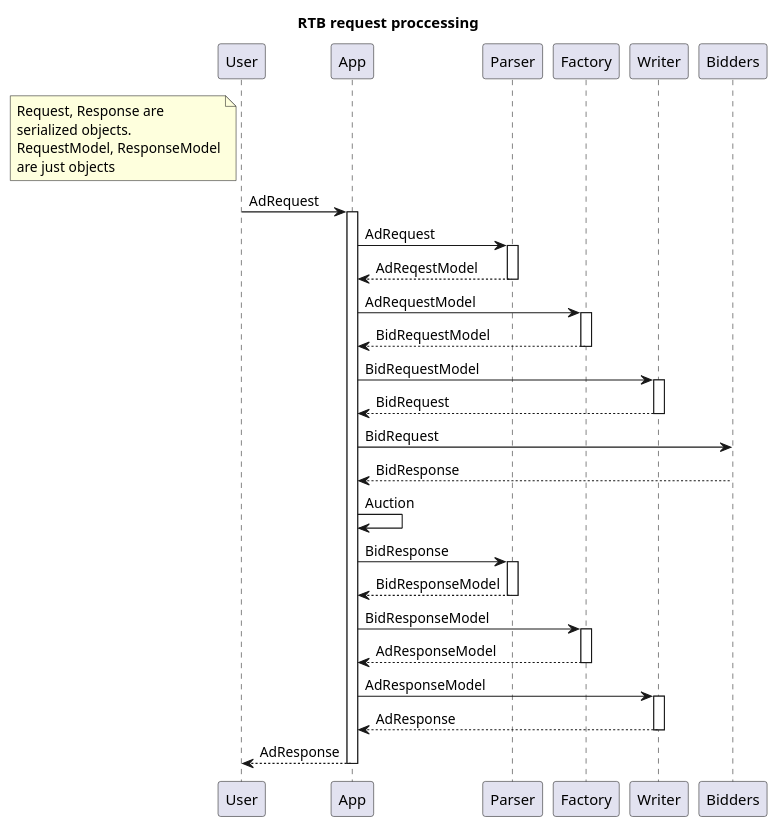
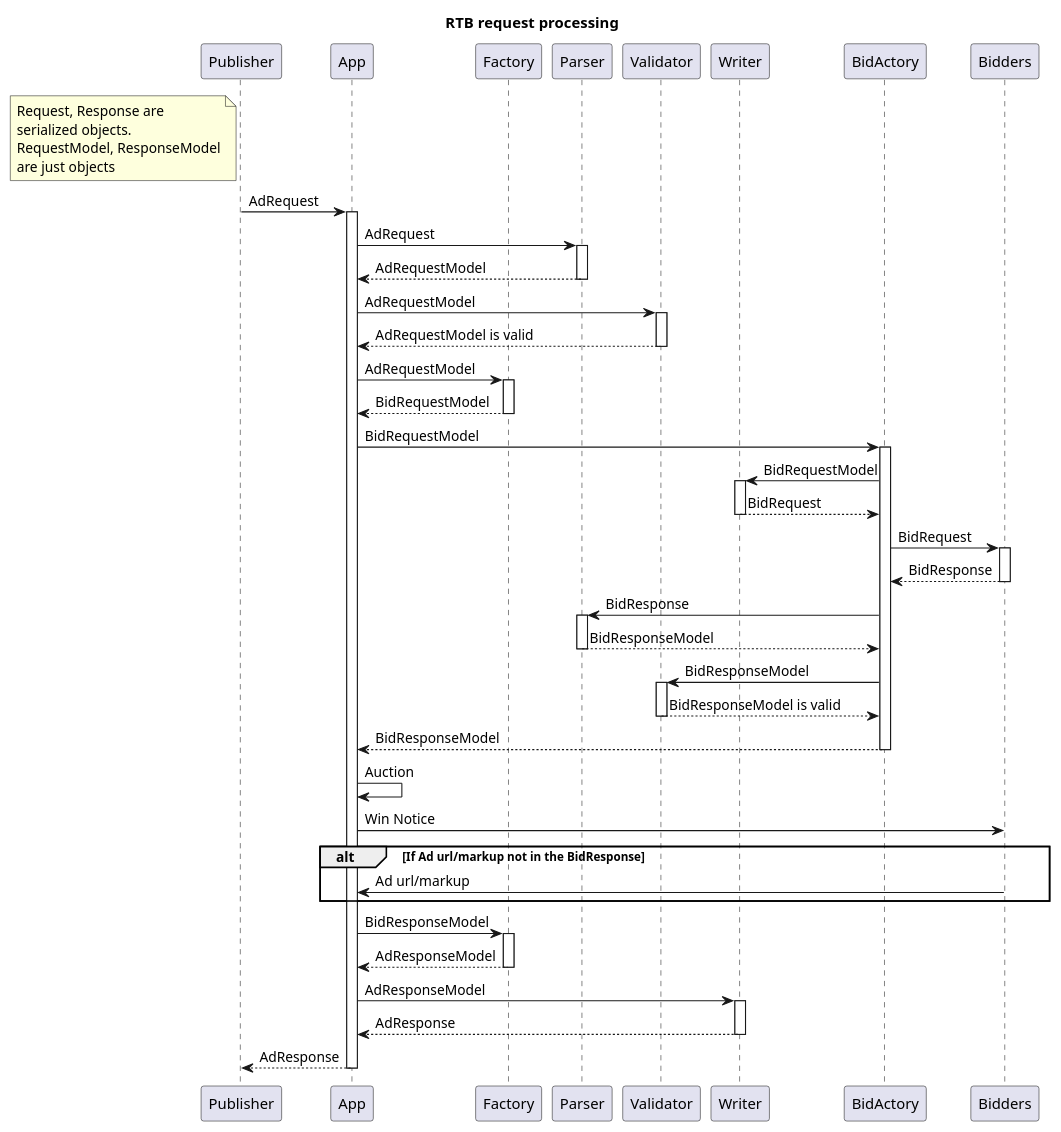
The diagram in diagrams/request_processing.puml (bwsw/simple-rtb-exchange), drawn with PlantUML before and after one commit.

Commit message:
Ticket #2574. Made diagram.

```diff
--- a/diagrams/request_processing.puml
+++ b/diagrams/request_processing.puml
@@ -1,56 +1,85 @@
 @startuml
 
-title RTB request proccessing
+title RTB request processing
 
-note left of User
+participant Publisher
+participant App
+participant Factory
+participant Parser
+participant Validator
+participant Writer
+participant BidActory
+participant Bidders
+
+note left of Publisher
     Request, Response are
     serialized objects.
     RequestModel, ResponseModel
     are just objects
 end note
 
-User->App: AdRequest
+Publisher -> App: AdRequest
 activate App
 
 App -> Parser: AdRequest
 activate Parser
-App <-- Parser: AdReqestModel
+App <-- Parser: AdRequestModel
 deactivate Parser
+
+App -> Validator: AdRequestModel
+activate Validator
+App <-- Validator: AdRequestModel is valid
+deactivate Validator
 
 App -> Factory: AdRequestModel
 activate Factory
 App <-- Factory: BidRequestModel
 deactivate Factory
 
-App -> Writer: BidRequestModel
+App -> BidActory: BidRequestModel
+activate BidActory
+
+BidActory -> Writer: BidRequestModel
 activate Writer
-App <-- Writer: BidRequest
+Writer --> BidActory: BidRequest
 deactivate Writer
 
-App -> Bidders: BidRequest
-App <-- Bidders: BidResponse
+BidActory -> Bidders: BidRequest
+activate Bidders
+BidActory <-- Bidders: BidResponse
+deactivate Bidders
+
+BidActory -> Parser: BidResponse
+activate Parser
+BidActory <-- Parser: BidResponseModel
+deactivate Parser
+
+BidActory -> Validator: BidResponseModel
+activate Validator
+BidActory <-- Validator: BidResponseModel is valid
+deactivate Validator
+
+App <-- BidActory: BidResponseModel
+deactivate BidActory
 
 App -> App: Auction
 
-App -> Parser: BidResponse
-activate Parser
-App <-- Parser: BidResponseModel
-deactivate Parser
+App -> Bidders: Win Notice
+alt If Ad url/markup not in the BidResponse
+    App <- Bidders: Ad url/markup
+end
 
 App -> Factory: BidResponseModel
 activate Factory
 App <-- Factory: AdResponseModel
 deactivate Factory
 
 App -> Writer: AdResponseModel
 activate Writer
 App <-- Writer: AdResponse
 deactivate Writer
 
-
-App --> User: AdResponse
+App --> Publisher: AdResponse
 deactivate App
 
-
-
 @enduml
```
